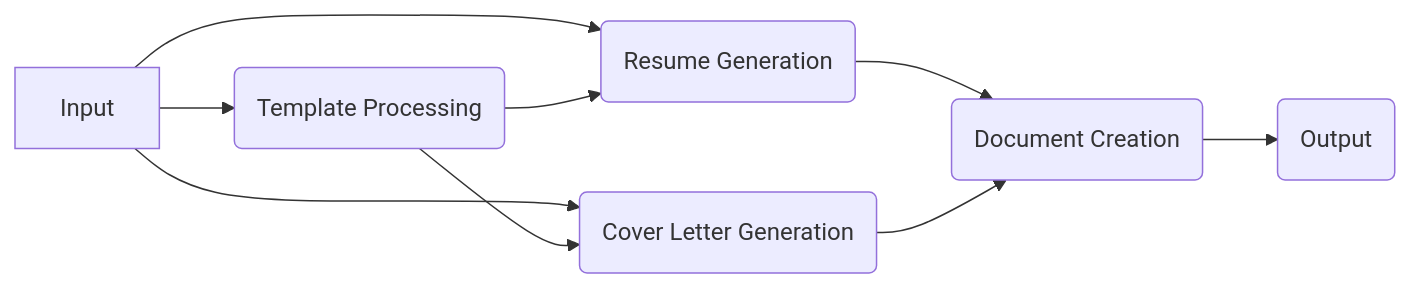
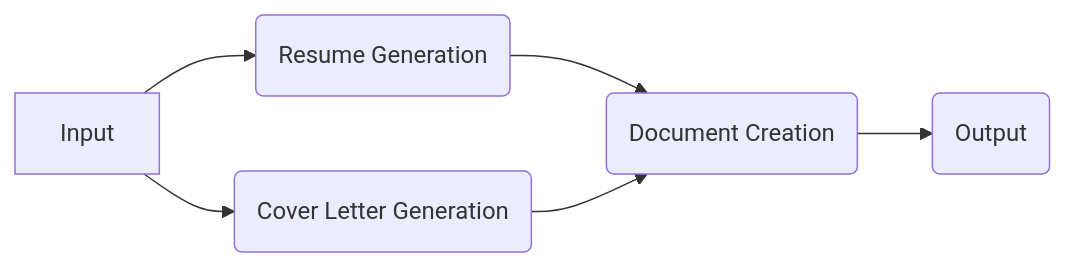
Before and after one commit to livingstonlarus/airg-langgraph: the diagram in README.md, drawn with Mermaid. The commit also changed other lines of this file and 5 other files, not shown here.

````diff
--- a/README.md
+++ b/README.md
@@ -24,11 +23,8 @@
 ```mermaid
 graph LR
-    A[Input] --> B(Template Processing);
-    A --> C(Resume Generation);
-    A --> D(Cover Letter Generation);
-    B --> C;
-    B --> D;
-    C --> E(Document Creation);
-    D --> E;
-    E --> F(Output);
+    A[Input] --> B(Resume Generation);
+    A --> C(Cover Letter Generation);
+    B --> D(Document Creation);
+    C --> D;
+    D --> E(Output);
 ```
````
